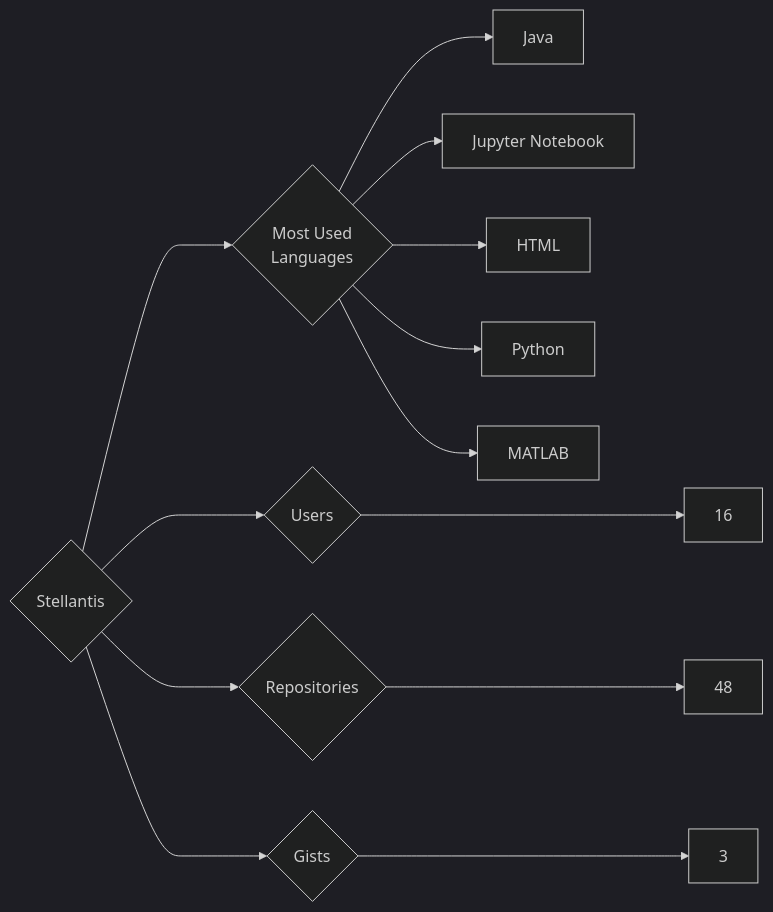
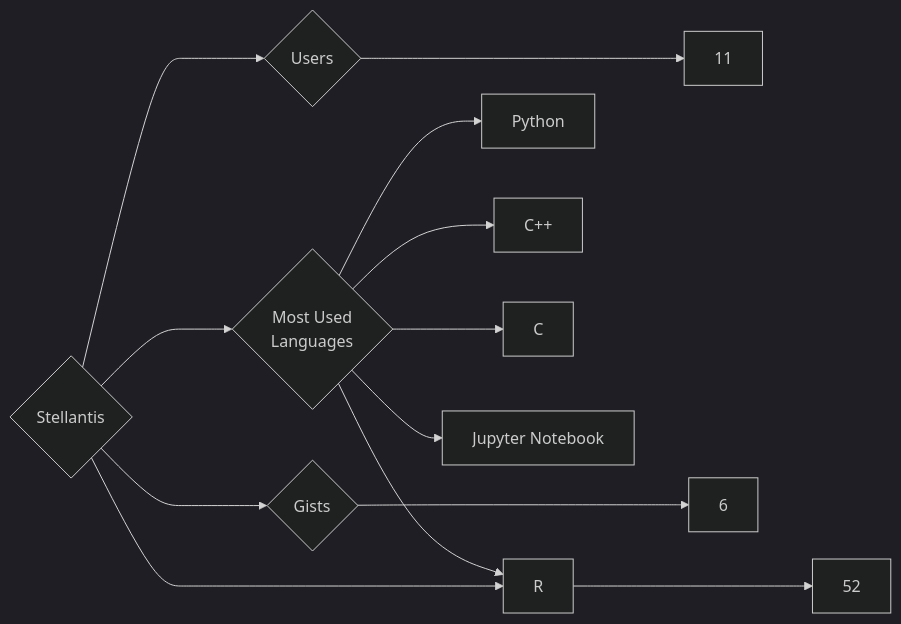
Before and after one commit to trickest/insiders: the diagram in targets/Stellantis/README.md, drawn with Mermaid (dark theme). The commit also changed 782 other files, not shown here.

````diff
--- a/targets/Stellantis/README.md
+++ b/targets/Stellantis/README.md
@@ -3,13 +3,13 @@
 ```mermaid
 graph LR
 COMPANY_NAME{Stellantis}
-COMPANY_NAME ---> U{Users} ---> UN[16]
-COMPANY_NAME ---> R{Repositories} ---> RN[48]
-COMPANY_NAME ---> G{Gists} ---> GN[3]
+COMPANY_NAME ---> U{Users} ---> UN[11]
+COMPANY_NAME ---> R{Repositories} ---> RN[52]
+COMPANY_NAME ---> G{Gists} ---> GN[6]
 COMPANY_NAME ---> ML{Most Used<br>Languages}
-ML --> Java[Java]
+ML --> Python[Python]
+ML --> C++[C++]
+ML --> C[C]
+ML --> R[R]
 ML --> Jupyter_Notebook[Jupyter Notebook]
-ML --> HTML[HTML]
-ML --> Python[Python]
-ML --> MATLAB[MATLAB]
 ```
````
